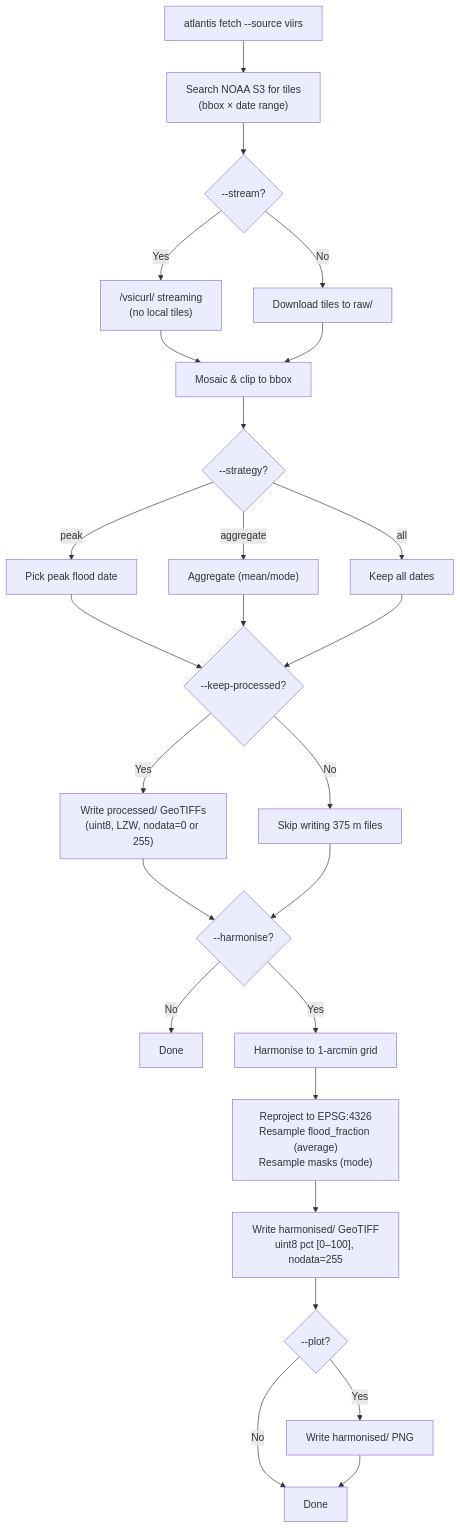
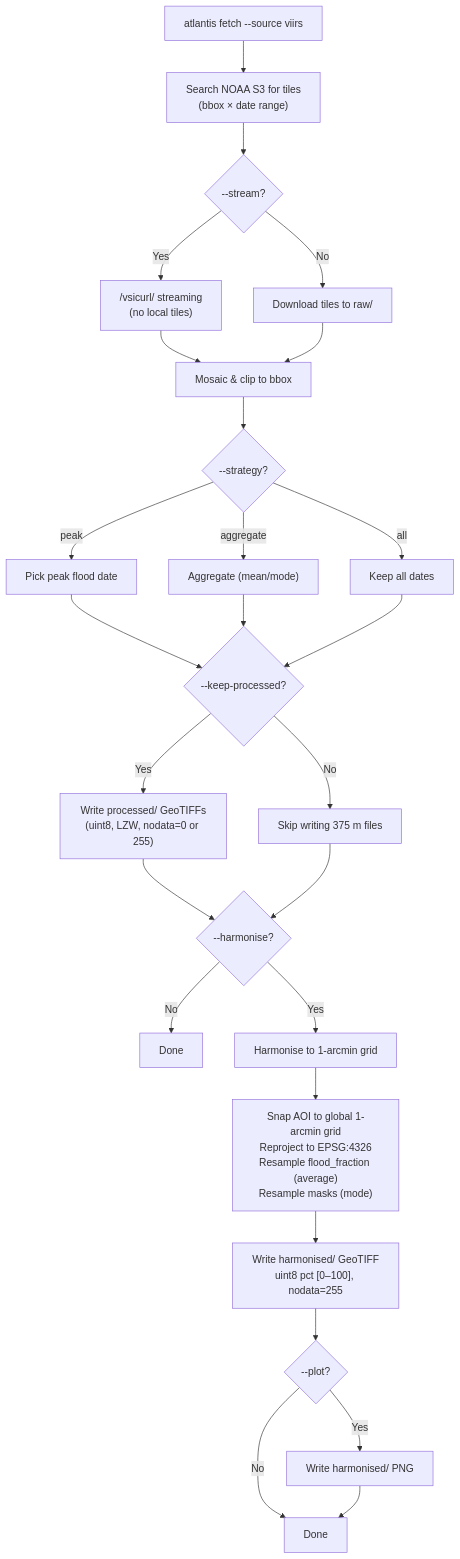
One commit to opageo/atlantis changed the diagram in docs/viirs_pipeline.md. Above: the diagram before and after it, drawn with Mermaid. The commit also changed other lines of this file and 6 other files, not shown here.

First line of the commit message:
Enhance global grid alignment and harmonisation process

````diff
--- a/docs/viirs_pipeline.md
+++ b/docs/viirs_pipeline.md
@@ -7,37 +7,37 @@
 ```mermaid
 flowchart TD
     START["atlantis fetch --source viirs"] --> SEARCH["Search NOAA S3 for tiles<br/>(bbox × date range)"]
     SEARCH --> STREAM{--stream?}
 
     STREAM -->|Yes| VSICURL["/vsicurl/ streaming<br/>(no local tiles)"]
     STREAM -->|No| DOWNLOAD["Download tiles to raw/"]
 
     VSICURL --> MOSAIC["Mosaic & clip to bbox"]
     DOWNLOAD --> MOSAIC
 
     MOSAIC --> STRATEGY{--strategy?}
 
     STRATEGY -->|peak| PEAK["Pick peak flood date"]
     STRATEGY -->|aggregate| AGG["Aggregate (mean/mode)"]
     STRATEGY -->|all| ALL["Keep all dates"]
 
     PEAK --> KEEP_PROC{--keep-processed?}
     AGG --> KEEP_PROC
     ALL --> KEEP_PROC
 
     KEEP_PROC -->|Yes| WRITE_PROC["Write processed/ GeoTIFFs<br/>(uint8, LZW, nodata=0 or 255)"]
     KEEP_PROC -->|No| SKIP_PROC["Skip writing 375 m files"]
 
     WRITE_PROC --> HARM{--harmonise?}
     SKIP_PROC --> HARM
     HARM -->|No| DONE_PROC["Done"]
     HARM -->|Yes| HARMONISE["Harmonise to 1-arcmin grid"]
 
     %% ─── Harmonisation detail ────────────────────────
-    HARMONISE --> HARM_STEPS["Reproject to EPSG:4326<br/>Resample flood_fraction (average)<br/>Resample masks (mode)"]
+    HARMONISE --> HARM_STEPS["Snap AOI to global 1-arcmin grid<br/>Reproject to EPSG:4326<br/>Resample flood_fraction (average)<br/>Resample masks (mode)"]
     HARM_STEPS --> HARM_WRITE["Write harmonised/ GeoTIFF<br/>uint8 pct [0–100], nodata=255"]
     HARM_WRITE --> PLOT{--plot?}
     PLOT -->|Yes| PNG["Write harmonised/ PNG"]
     PLOT -->|No| DONE_HARM["Done"]
     PNG --> DONE_HARM
 ```
````
